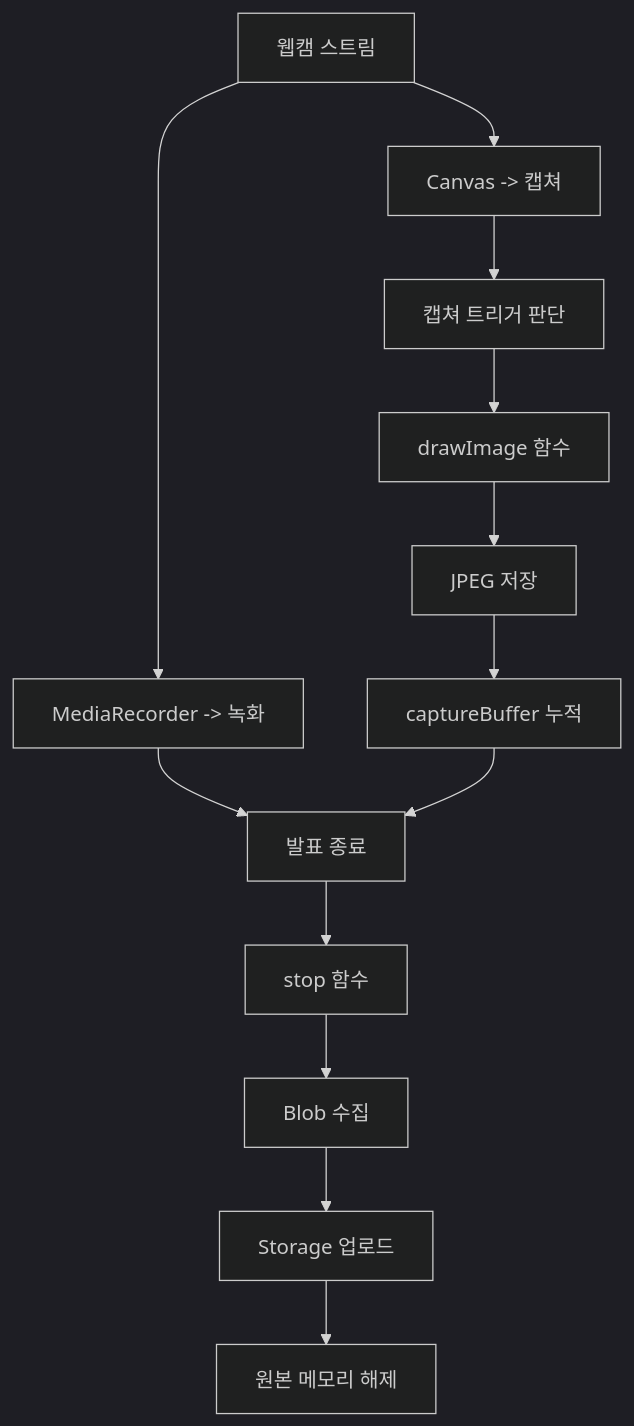
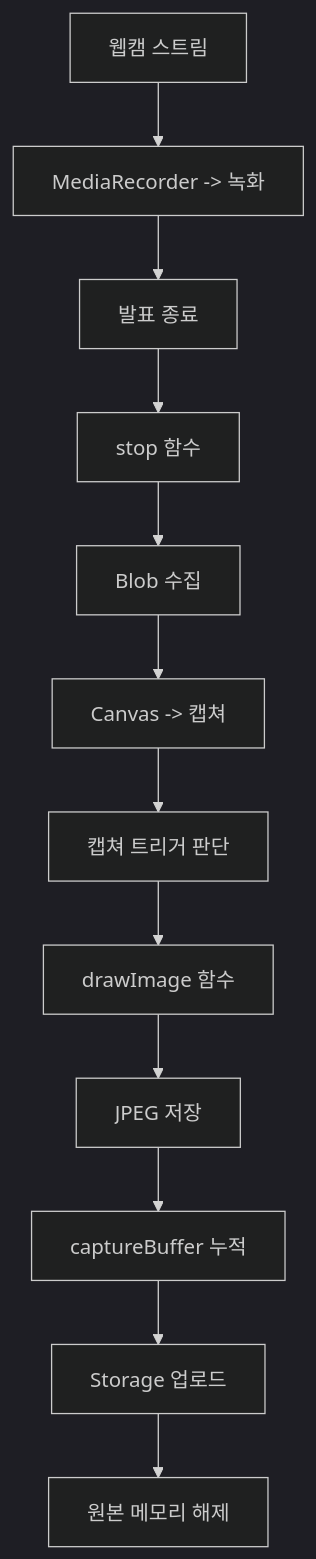
Before and after one commit to aikian/presentation: the first of 2 diagrams in DSD.md, drawn with Mermaid (dark theme). The commit also changed other lines of this file, not shown here.

````diff
--- a/DSD.md
+++ b/DSD.md
@@ -277,15 +277,15 @@
 ```mermaid
 flowchart TD
     A[웹캠 스트림] --> B[MediaRecorder -> 녹화]
-    A --> C[Canvas -> 캡쳐]
-    C --> D[캡쳐 트리거 판단]
-    D --> E[drawImage 함수]
-    E --> F[JPEG 저장]
-    F --> G[captureBuffer 누적]
-    B --> H[발표 종료]
-    G --> H
-    H --> I[stop 함수]
-    I --> J[Blob 수집]
+    B --> C[발표 종료]
+    C --> D[stop 함수]
+    D --> E[Blob 수집]
+    E --> F[Canvas -> 캡쳐]
+    F --> G[캡쳐 트리거 판단]
+    G --> H[drawImage 함수]
+    H --> I[JPEG 저장]
+    I --> J[captureBuffer 누적]
     J --> K[Storage 업로드]
+
     K --> L[원본 메모리 해제]
 ```
````
